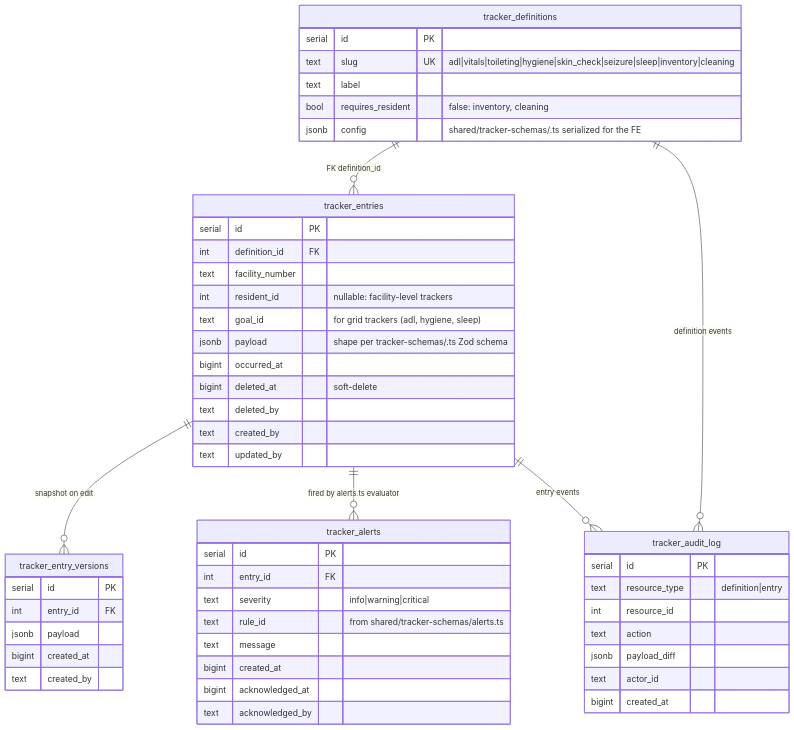
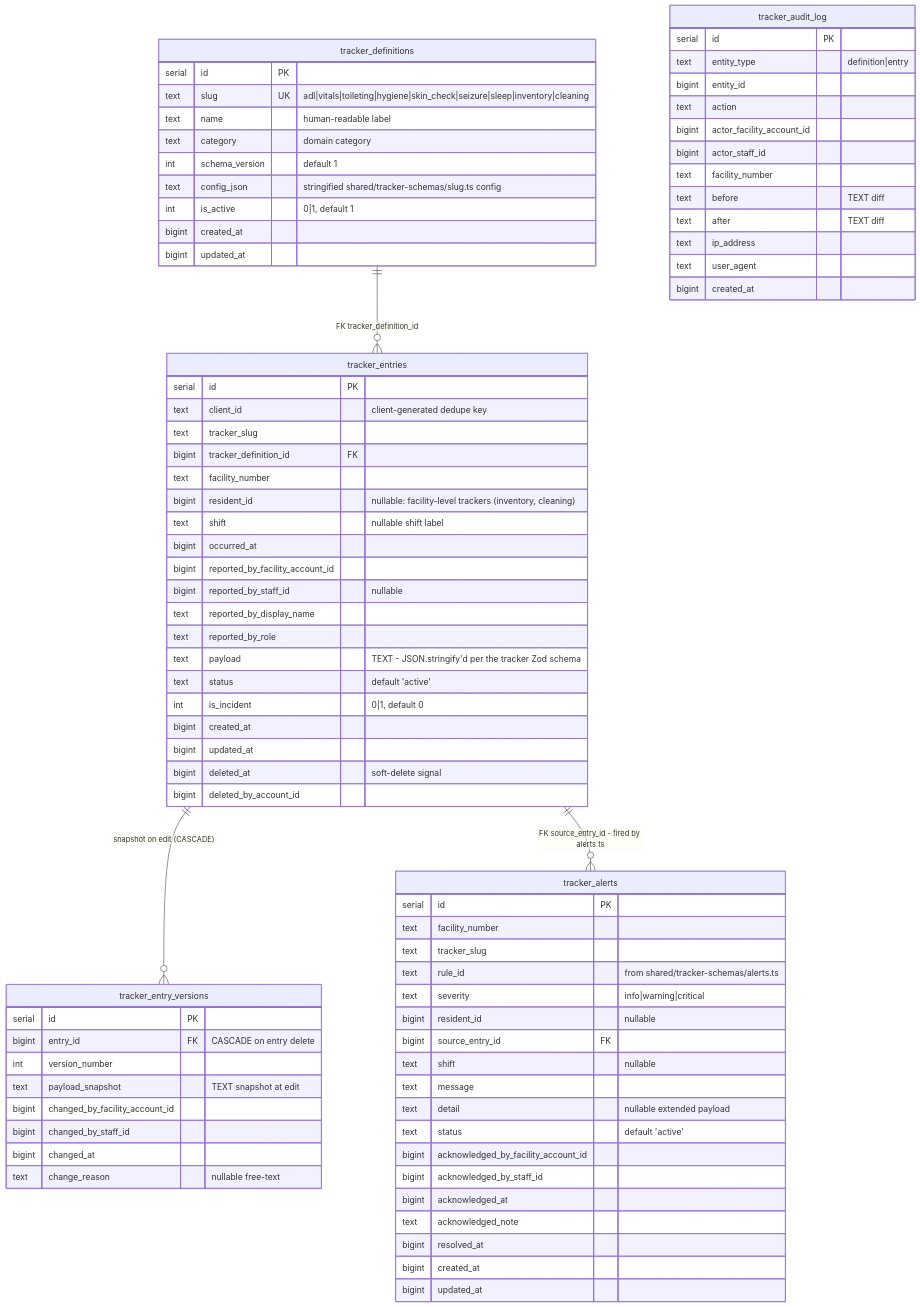
One commit to hvaria/arf-map changed the sixth of 6 diagrams in docs/architecture/erd.md. Above: the diagram before and after it, drawn with Mermaid. The commit also changed other lines of this file and 1 other file, not shown here.

````diff
--- a/docs/architecture/erd.md
+++ b/docs/architecture/erd.md
@@ -519,59 +610,87 @@
 ```mermaid
 erDiagram
-  tracker_definitions ||--o{ tracker_entries : "FK definition_id"
-  tracker_entries ||--o{ tracker_entry_versions : "snapshot on edit"
-  tracker_entries ||--o{ tracker_alerts : "fired by alerts.ts evaluator"
-  tracker_definitions ||--o{ tracker_audit_log : "definition events"
-  tracker_entries ||--o{ tracker_audit_log : "entry events"
+  tracker_definitions ||--o{ tracker_entries : "FK tracker_definition_id"
+  tracker_entries ||--o{ tracker_entry_versions : "snapshot on edit (CASCADE)"
+  tracker_entries ||--o{ tracker_alerts : "FK source_entry_id - fired by alerts.ts"
 
   tracker_definitions {
     serial id PK
     text slug UK "adl|vitals|toileting|hygiene|skin_check|seizure|sleep|inventory|cleaning"
-    text label
-    bool requires_resident "false: inventory, cleaning"
-    jsonb config "shared/tracker-schemas/<slug>.ts serialized for the FE"
+    text name "human-readable label"
+    text category "domain category"
+    int schema_version "default 1"
+    text config_json "stringified shared/tracker-schemas/slug.ts config"
+    int is_active "0|1, default 1"
+    bigint created_at
+    bigint updated_at
   }
 
   tracker_entries {
     serial id PK
-    int definition_id FK
+    text client_id "client-generated dedupe key"
+    text tracker_slug
+    bigint tracker_definition_id FK
     text facility_number
-    int resident_id "nullable: facility-level trackers"
-    text goal_id "for grid trackers (adl, hygiene, sleep)"
-    jsonb payload "shape per tracker-schemas/<slug>.ts Zod schema"
+    bigint resident_id "nullable: facility-level trackers (inventory, cleaning)"
+    text shift "nullable shift label"
     bigint occurred_at
-    bigint deleted_at "soft-delete"
-    text deleted_by
-    text created_by
-    text updated_by
+    bigint reported_by_facility_account_id
+    bigint reported_by_staff_id "nullable"
+    text reported_by_display_name
+    text reported_by_role
+    text payload "TEXT - JSON.stringify'd per the tracker Zod schema"
+    text status "default 'active'"
+    int is_incident "0|1, default 0"
+    bigint created_at
+    bigint updated_at
+    bigint deleted_at "soft-delete signal"
+    bigint deleted_by_account_id
   }
 
   tracker_entry_versions {
     serial id PK
-    int entry_id FK
-    jsonb payload
+    bigint entry_id FK "CASCADE on entry delete"
+    int version_number
+    text payload_snapshot "TEXT snapshot at edit"
+    bigint changed_by_facility_account_id
+    bigint changed_by_staff_id
+    bigint changed_at
+    text change_reason "nullable free-text"
+  }
+
+  tracker_audit_log {
+    serial id PK
+    text entity_type "definition|entry"
+    bigint entity_id
+    text action
+    bigint actor_facility_account_id
+    bigint actor_staff_id
+    text facility_number
+    text before "TEXT diff"
+    text after "TEXT diff"
+    text ip_address
+    text user_agent
     bigint created_at
-    text created_by
   }
 
   tracker_alerts {
     serial id PK
-    int entry_id FK
+    text facility_number
+    text tracker_slug
+    text rule_id "from shared/tracker-schemas/alerts.ts"
     text severity "info|warning|critical"
-    text rule_id "from shared/tracker-schemas/alerts.ts"
+    bigint resident_id "nullable"
+    bigint source_entry_id FK
+    text shift "nullable"
     text message
+    text detail "nullable extended payload"
+    text status "default 'active'"
+    bigint acknowledged_by_facility_account_id
+    bigint acknowledged_by_staff_id
+    bigint acknowledged_at
+    text acknowledged_note
+    bigint resolved_at
     bigint created_at
-    bigint acknowledged_at
-    text acknowledged_by
-  }
-
-  tracker_audit_log {
-    serial id PK
-    text resource_type "definition|entry"
-    int resource_id
-    text action
-    jsonb payload_diff
-    text actor_id
-    bigint created_at
+    bigint updated_at
   }
 ```
````
